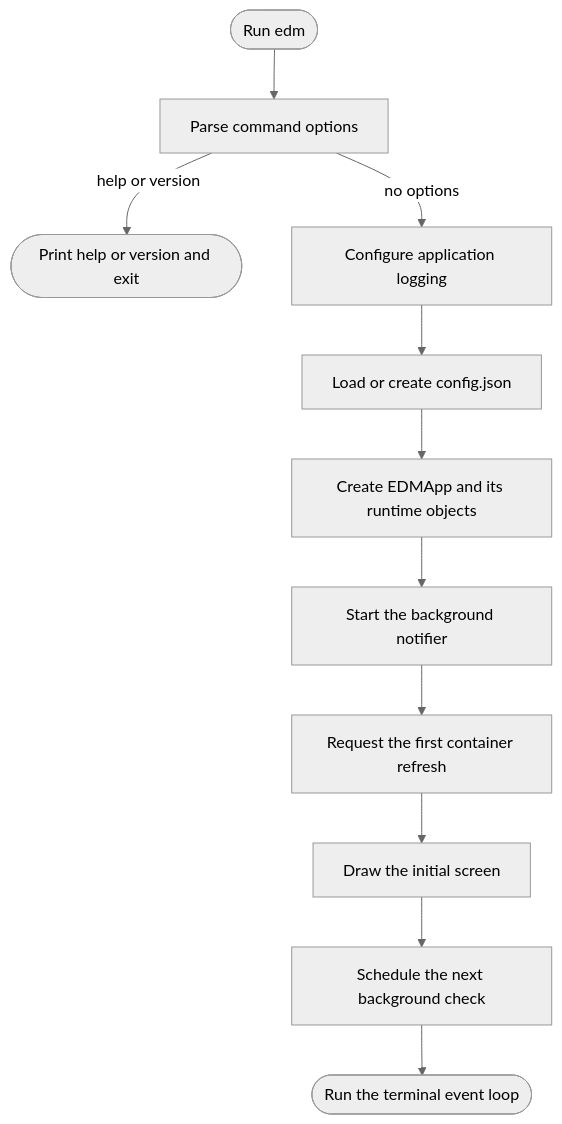
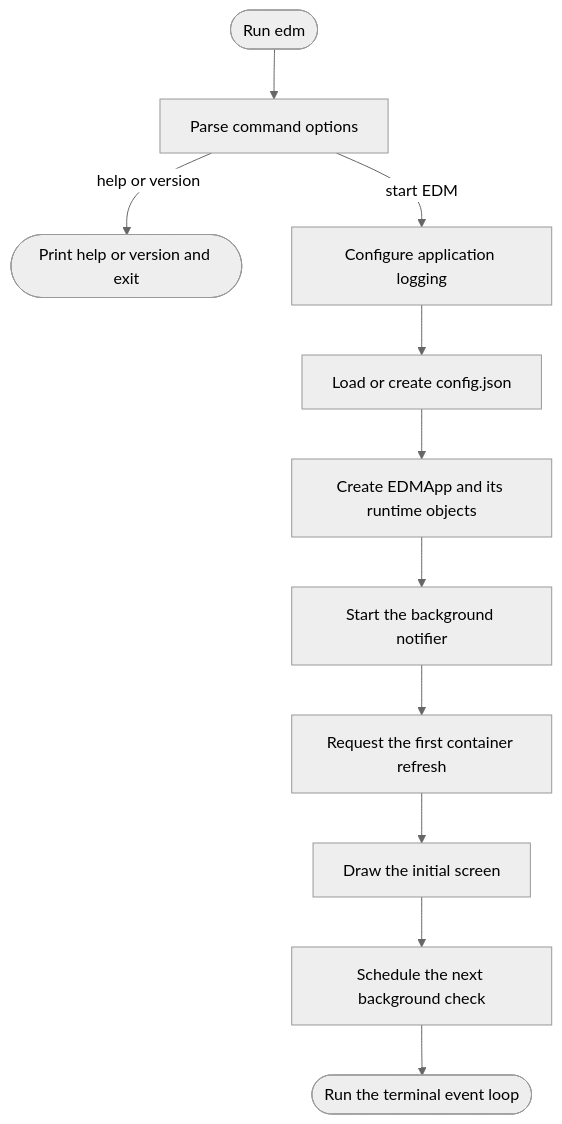
Before and after one commit to arabnejad/edm: the second of 5 diagrams in DEVELOPMENT_GUIDE.md, drawn with Mermaid (neutral theme). The commit also changed other lines of this file and 9 other files, not shown here.

````diff
--- a/DEVELOPMENT_GUIDE.md
+++ b/DEVELOPMENT_GUIDE.md
@@ -116,19 +116,19 @@
 ```mermaid
 flowchart TD
     Start([Run edm])
     ParseOptions[Parse command options]
     ShowInfo([Print help or version and exit])
     Logging[Configure application logging]
     LoadConfig[Load or create config.json]
     BuildApp[Create EDMApp and its runtime objects]
     StartNotifier[Start the background notifier]
     FirstRefresh[Request the first container refresh]
     FirstDraw[Draw the initial screen]
     StartTimer[Schedule the next background check]
     RunUI([Run the terminal event loop])
 
     Start --> ParseOptions
     ParseOptions -->|help or version| ShowInfo
-    ParseOptions -->|no options| Logging --> LoadConfig --> BuildApp --> StartNotifier
+    ParseOptions -->|start EDM| Logging --> LoadConfig --> BuildApp --> StartNotifier
     StartNotifier --> FirstRefresh --> FirstDraw --> StartTimer --> RunUI
 ```
````
